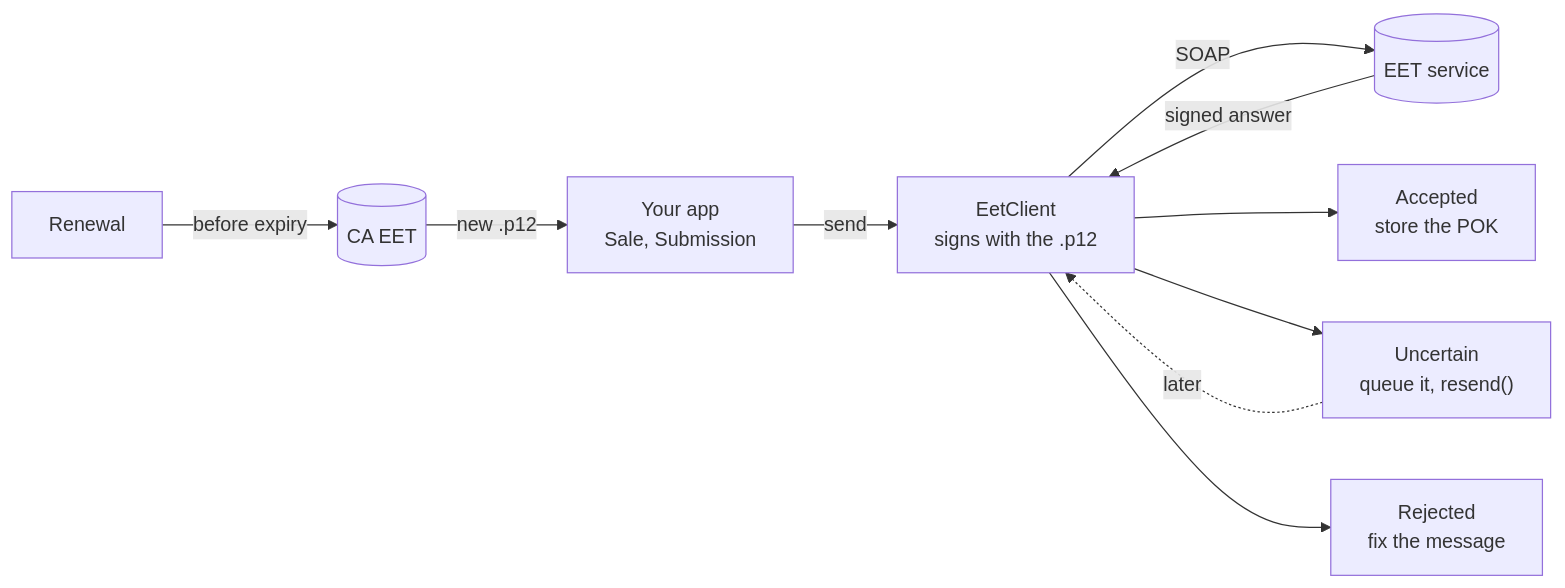
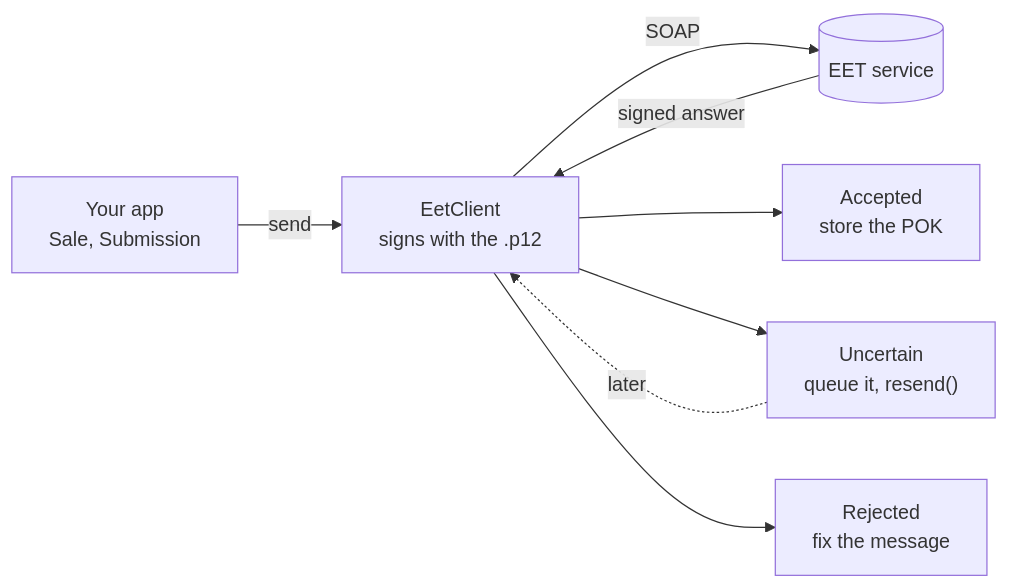
The diagram in README.md (landsman/eet-client), drawn with Mermaid before and after one commit.

Commit message:
docs: keep the readme's diagram to one sale, renewal has its own page

````diff
--- a/README.md
+++ b/README.md
@@ -8,12 +8,10 @@
 ```mermaid
 flowchart LR
     app["Your app<br/>Sale, Submission"] -->|send| client["EetClient<br/>signs with the .p12"]
     client -->|SOAP| eet[("EET service")]
     eet -->|signed answer| client
     client --> accepted["Accepted<br/>store the POK"]
     client --> uncertain["Uncertain<br/>queue it, resend()"]
     client --> rejected["Rejected<br/>fix the message"]
     uncertain -.->|later| client
-    renewal["Renewal"] -->|before expiry| ca[("CA EET")]
-    ca -->|new .p12| app
 ```
````
